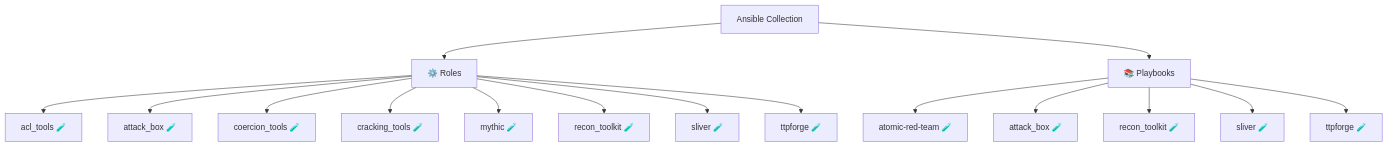
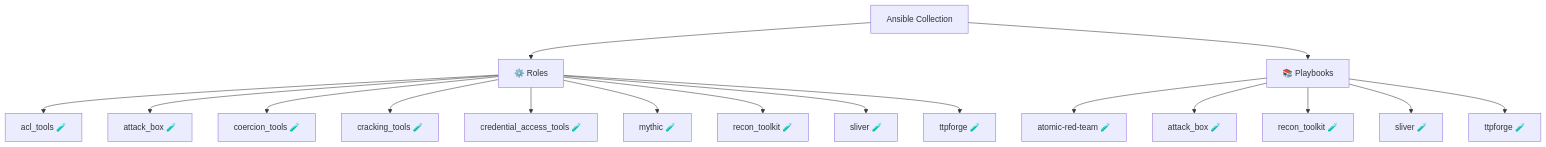
One commit to l50/ansible-collection-arsenal changed the diagram in README.md. Above: the diagram before and after it, drawn with Mermaid. The commit also changed other lines of this file and 15 other files, not shown here.

First line of the commit message:
feat: add credential_access_tools ansible role (#738)

````diff
--- a/README.md
+++ b/README.md
@@ -13,19 +13,20 @@
 ```mermaid
 graph TD
     Collection[Ansible Collection]
     Collection --> Roles[⚙️ Roles]
     Roles --> R0[acl_tools 🧪]
     Roles --> R1[attack_box 🧪]
     Roles --> R2[coercion_tools 🧪]
     Roles --> R3[cracking_tools 🧪]
-    Roles --> R4[mythic 🧪]
-    Roles --> R5[recon_toolkit 🧪]
-    Roles --> R6[sliver 🧪]
-    Roles --> R7[ttpforge 🧪]
+    Roles --> R4[credential_access_tools 🧪]
+    Roles --> R5[mythic 🧪]
+    Roles --> R6[recon_toolkit 🧪]
+    Roles --> R7[sliver 🧪]
+    Roles --> R8[ttpforge 🧪]
     Collection --> Playbooks[📚 Playbooks]
     Playbooks --> PB0[atomic-red-team 🧪]
     Playbooks --> PB1[attack_box 🧪]
     Playbooks --> PB2[recon_toolkit 🧪]
     Playbooks --> PB3[sliver 🧪]
     Playbooks --> PB4[ttpforge 🧪]
 ```
````
